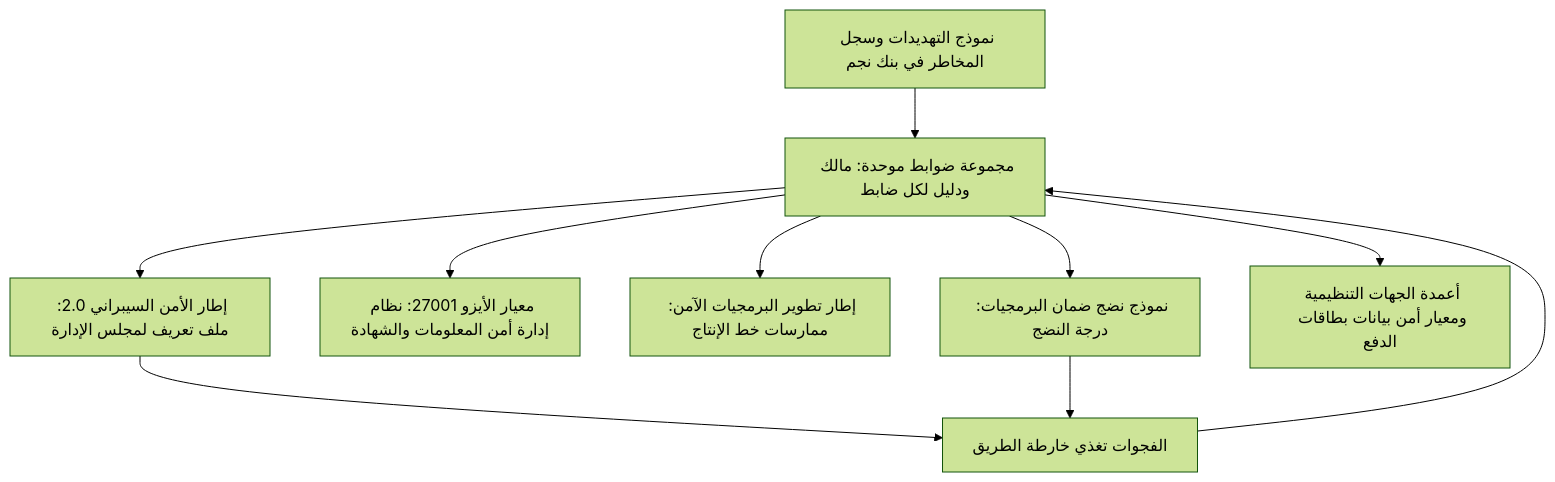
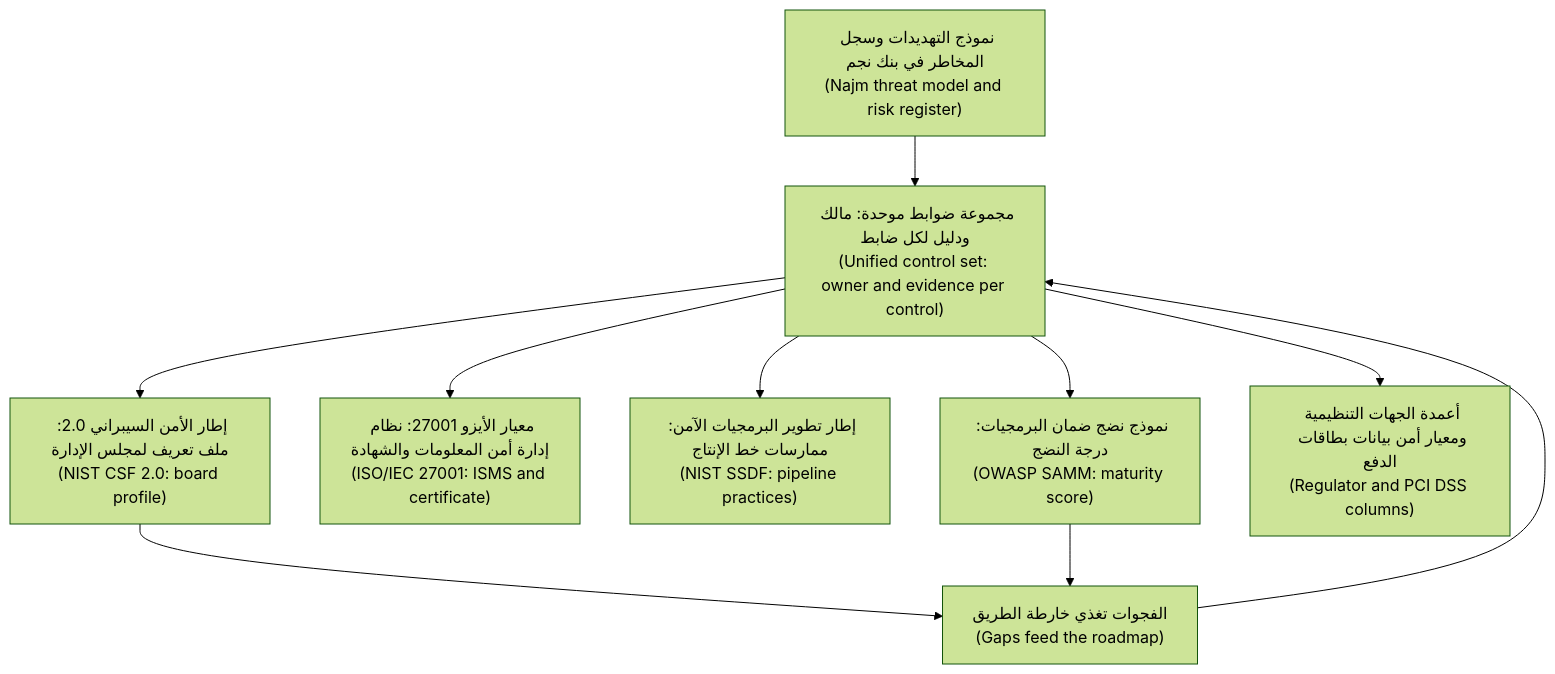
The first of 3 diagrams in secai/modules/11-governance.ar.md (Tamoura/system-design-for-vibe-coders), drawn with Mermaid (forest theme) before and after one commit. The commit also changed other lines of this file and 11 other files, not shown here.

First line of the commit message:
Security course: Arabic modules 10–11 reviewed; RTL diagrams with English labels for modules 0–11

````diff
--- a/secai/modules/11-governance.ar.md
+++ b/secai/modules/11-governance.ar.md
@@ -71,12 +71,12 @@
 ```mermaid
 flowchart TD
-    T["نموذج التهديدات وسجل المخاطر في بنك نجم"] --> C["مجموعة ضوابط موحدة: مالك ودليل لكل ضابط"]
-    C --> CSF["إطار الأمن السيبراني 2.0: ملف تعريف لمجلس الإدارة"]
-    C --> ISO["معيار الأيزو 27001: نظام إدارة أمن المعلومات والشهادة"]
-    C --> SSDF["إطار تطوير البرمجيات الآمن: ممارسات خط الإنتاج"]
-    C --> SAMM["نموذج نضج ضمان البرمجيات: درجة النضج"]
-    C --> REG["أعمدة الجهات التنظيمية ومعيار أمن بيانات بطاقات الدفع"]
-    CSF --> R["الفجوات تغذي خارطة الطريق"]
+    T["نموذج التهديدات وسجل المخاطر في بنك نجم<br/>(Najm threat model and risk register)"] --> C["مجموعة ضوابط موحدة: مالك ودليل لكل ضابط<br/>(Unified control set: owner and evidence per control)"]
+    C --> CSF["إطار الأمن السيبراني 2.0: ملف تعريف لمجلس الإدارة<br/>(NIST CSF 2.0: board profile)"]
+    C --> ISO["معيار الأيزو 27001: نظام إدارة أمن المعلومات والشهادة<br/>(ISO/IEC 27001: ISMS and certificate)"]
+    C --> SSDF["إطار تطوير البرمجيات الآمن: ممارسات خط الإنتاج<br/>(NIST SSDF: pipeline practices)"]
+    C --> SAMM["نموذج نضج ضمان البرمجيات: درجة النضج<br/>(OWASP SAMM: maturity score)"]
+    C --> REG["أعمدة الجهات التنظيمية ومعيار أمن بيانات بطاقات الدفع<br/>(Regulator and PCI DSS columns)"]
+    CSF --> R["الفجوات تغذي خارطة الطريق<br/>(Gaps feed the roadmap)"]
     SAMM --> R
     R --> C
 ```
````
